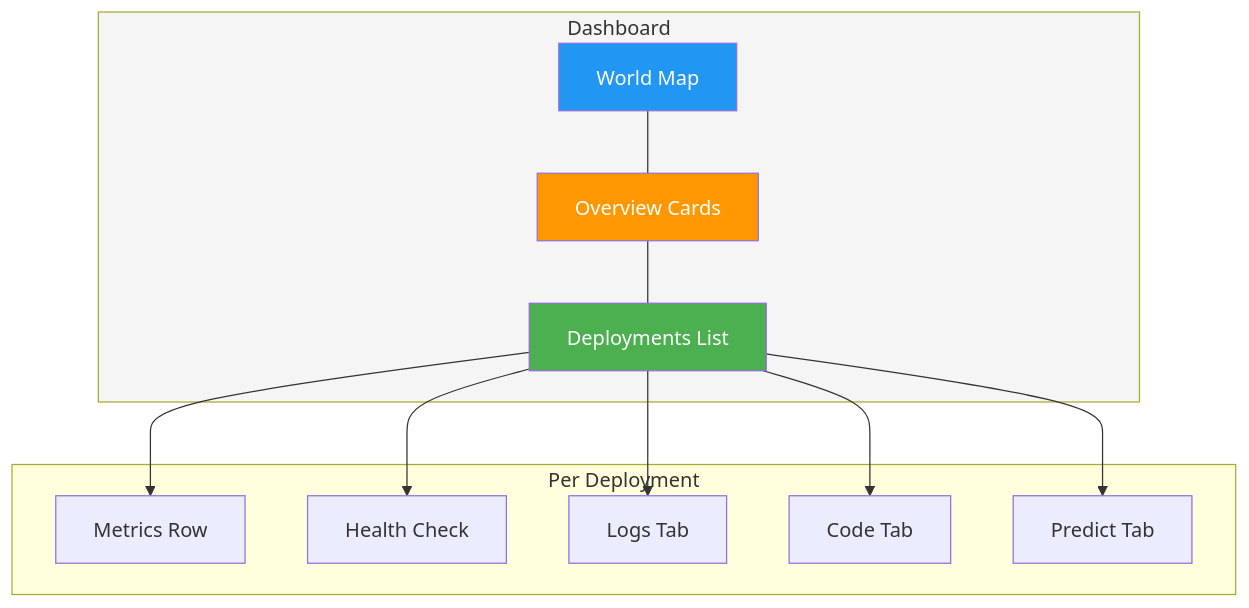
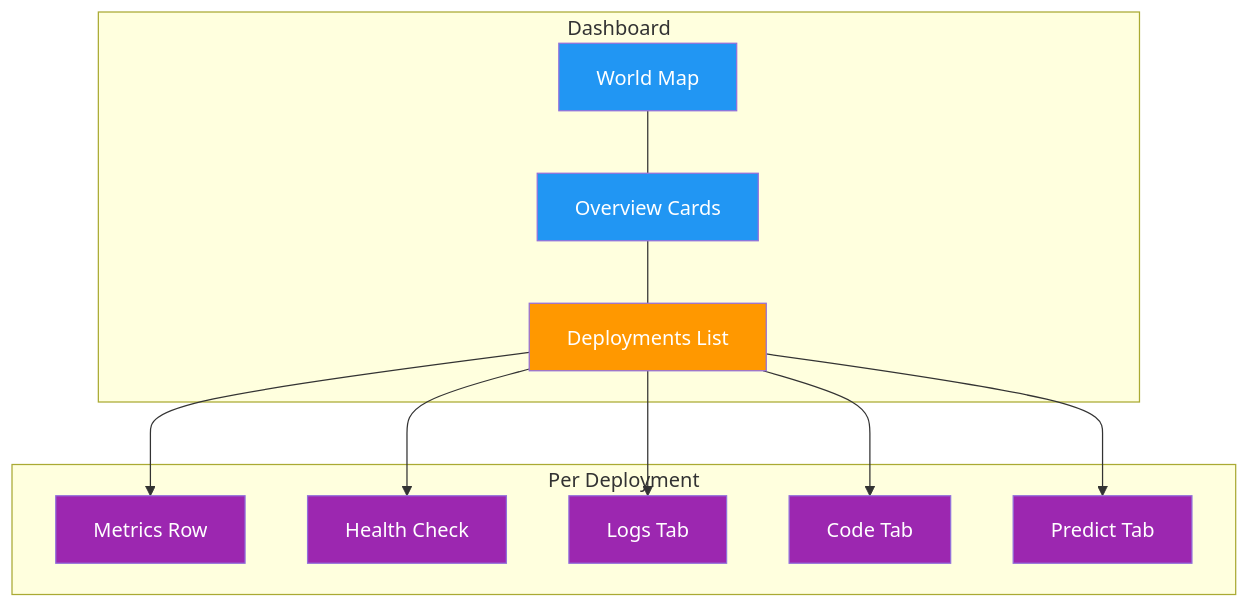
Before and after one commit to Dadalia1917/Yolo-RT-DETR-TrainCode: the diagram in docs/en/platform/deploy/monitoring.md, drawn with Mermaid. The commit also changed other lines of this file and 767 other files, not shown here.

````diff
--- a/docs/en/platform/deploy/monitoring.md
+++ b/docs/en/platform/deploy/monitoring.md
@@ -17,24 +18,23 @@
 ```mermaid
 graph TB
     subgraph Dashboard
-        Map[World Map] --- Cards[Overview Cards]
-        Cards --- List[Deployments List]
+        Map[World Map]:::proc --- Cards[Overview Cards]:::proc
+        Cards --- List[Deployments List]:::decide
     end
     subgraph "Per Deployment"
-        Metrics[Metrics Row]
-        Health[Health Check]
-        Logs[Logs Tab]
-        Code[Code Tab]
-        Predict[Predict Tab]
+        Metrics[Metrics Row]:::out
+        Health[Health Check]:::out
+        Logs[Logs Tab]:::out
+        Code[Code Tab]:::out
+        Predict[Predict Tab]:::out
     end
     List --> Metrics
     List --> Health
     List --> Logs
     List --> Code
     List --> Predict
 
-    style Dashboard fill:#f5f5f5,color:#333
-    style Map fill:#2196F3,color:#fff
-    style Cards fill:#FF9800,color:#fff
-    style List fill:#4CAF50,color:#fff
+    classDef proc fill:#2196F3,color:#fff
+    classDef decide fill:#FF9800,color:#fff
+    classDef out fill:#9C27B0,color:#fff
 ```
````
